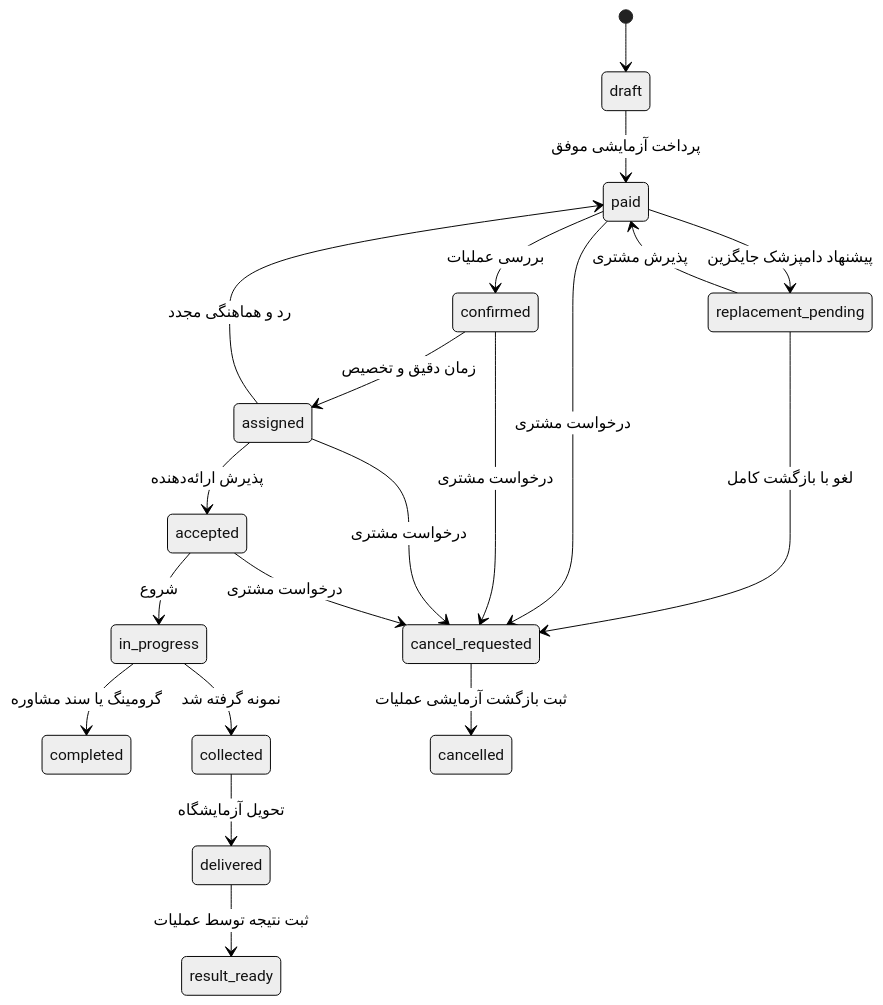
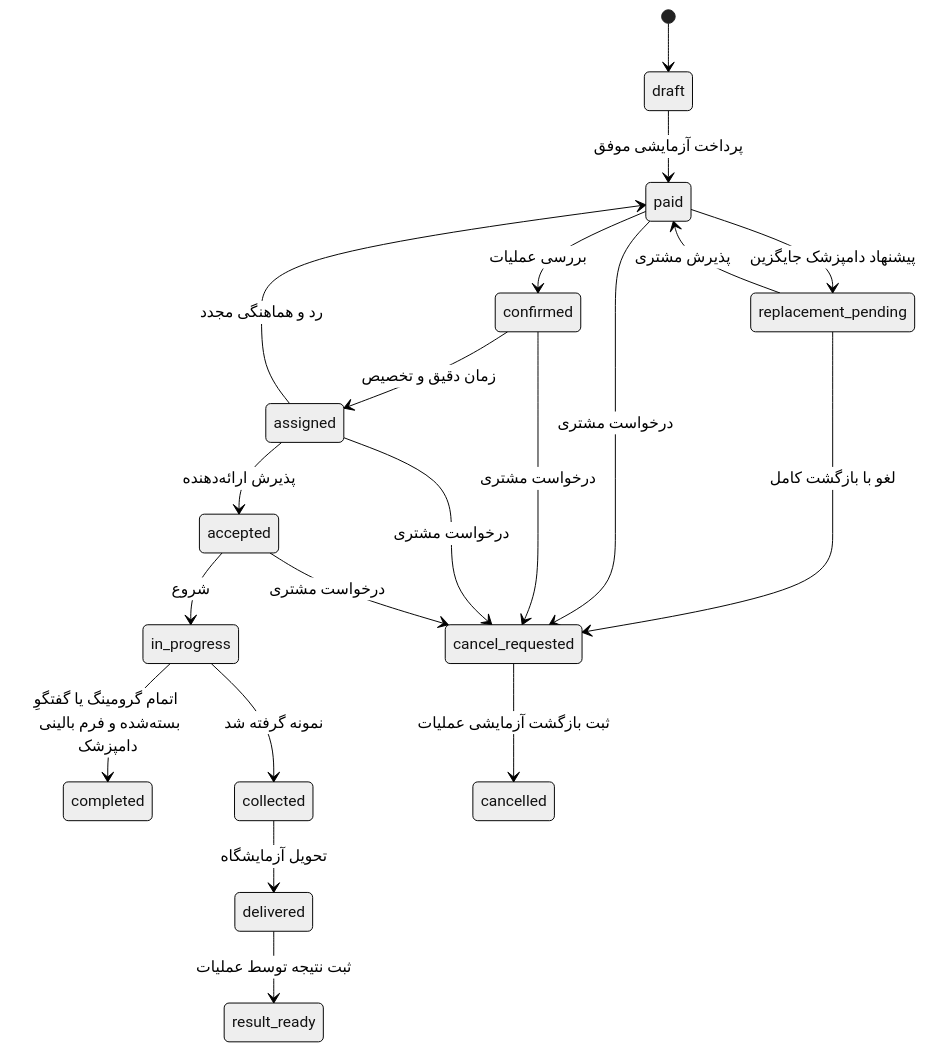
One commit to kasraabo/keepet changed the diagram in docs/flows.md. Above: the diagram before and after it, drawn with Mermaid (neutral theme). The commit also changed other lines of this file and 33 other files, not shown here.

````diff
--- a/docs/flows.md
+++ b/docs/flows.md
@@ -5,22 +5,22 @@
 ```mermaid
 stateDiagram-v2
   [*] --> draft
   draft --> paid: پرداخت آزمایشی موفق
   paid --> confirmed: بررسی عملیات
   confirmed --> assigned: زمان دقیق و تخصیص
   assigned --> accepted: پذیرش ارائه‌دهنده
   assigned --> paid: رد و هماهنگی مجدد
   accepted --> in_progress: شروع
-  in_progress --> completed: گرومینگ یا سند مشاوره
+  in_progress --> completed: اتمام گرومینگ یا گفتگوِ بسته‌شده و فرم بالینی دامپزشک
   in_progress --> collected: نمونه گرفته شد
   collected --> delivered: تحویل آزمایشگاه
   delivered --> result_ready: ثبت نتیجه توسط عملیات
   paid --> replacement_pending: پیشنهاد دامپزشک جایگزین
   replacement_pending --> paid: پذیرش مشتری
   replacement_pending --> cancel_requested: لغو با بازگشت کامل
   paid --> cancel_requested: درخواست مشتری
   confirmed --> cancel_requested: درخواست مشتری
   assigned --> cancel_requested: درخواست مشتری
   accepted --> cancel_requested: درخواست مشتری
   cancel_requested --> cancelled: ثبت بازگشت آزمایشی عملیات
 ```
````
